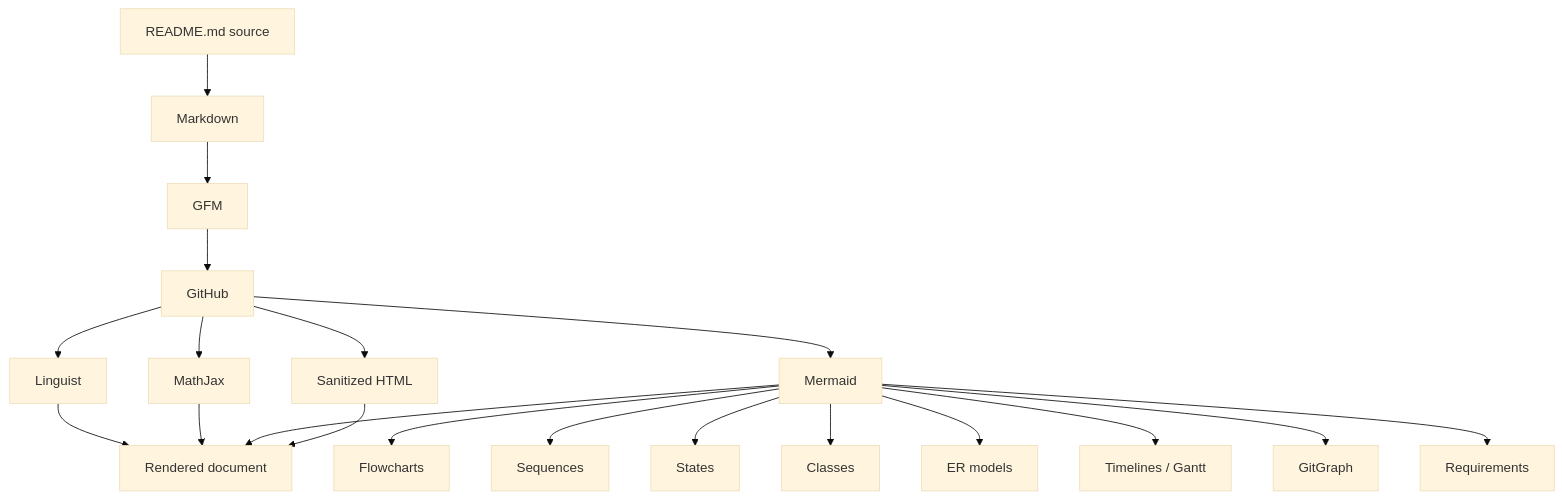
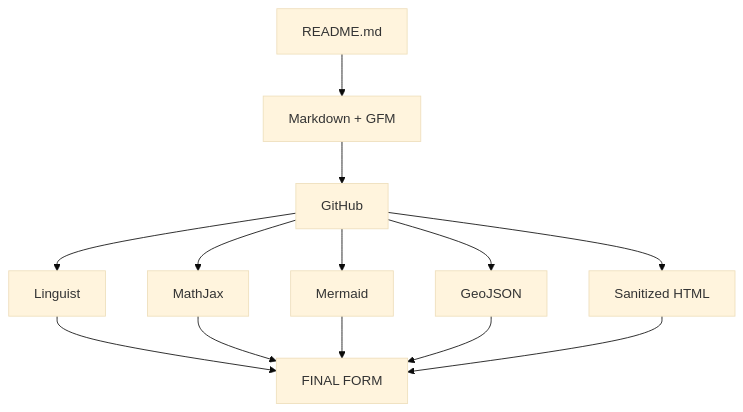
Before and after one commit to thiepn/markdown: diagram 16 of 16 in README.md, drawn with Mermaid (base theme). The commit also changed other lines of this file, not shown here.

Commit message:
M10: build interactive GeoJSON showcase

````diff
--- a/README.md
+++ b/README.md
@@ -1335,27 +1903,18 @@
 ```mermaid
 flowchart TB
-    SRC[README.md source]
+    README[README.md]
+    README --> CORE[Markdown + GFM]
+    CORE --> GH[GitHub]
 
-    SRC --> MD[Markdown]
-    MD --> GFM[GFM]
-    GFM --> GH[GitHub]
+    GH --> CODE[Linguist]
+    GH --> MATH[MathJax]
+    GH --> DIAGRAM[Mermaid]
+    GH --> MAP[GeoJSON]
+    GH --> HYBRID[Sanitized HTML]
 
-    GH --> L[Linguist]
-    GH --> MJ[MathJax]
-    GH --> MM[Mermaid]
-    GH --> HTML[Sanitized HTML]
-
-    L --> OUT[Rendered document]
-    MJ --> OUT
-    MM --> OUT
-    HTML --> OUT
-
-    MM --> F[Flowcharts]
-    MM --> S[Sequences]
-    MM --> ST[States]
-    MM --> C[Classes]
-    MM --> ER[ER models]
-    MM --> T[Timelines / Gantt]
-    MM --> G[GitGraph]
-    MM --> R[Requirements]
+    CODE --> FINAL[FINAL FORM]
+    MATH --> FINAL
+    DIAGRAM --> FINAL
+    MAP --> FINAL
+    HYBRID --> FINAL
 ```
````
